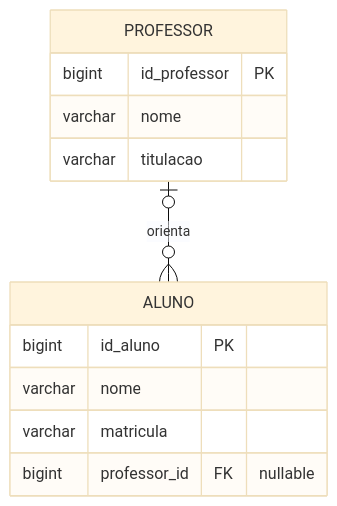
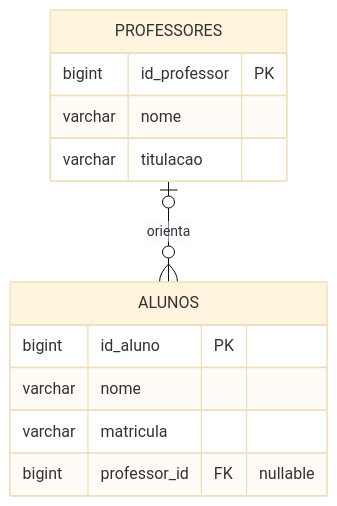
Diagram 12 of 12 in aulas/Cardinalidade_MER_Completo.md (DSM-Fatec-Jahu/Banco-de-Dados-Relacional-IBD015), drawn with Mermaid (base theme) before and after one commit. The commit also changed other lines of this file and 1 other file, not shown here.

````diff
--- a/aulas/Cardinalidade_MER_Completo.md
+++ b/aulas/Cardinalidade_MER_Completo.md
@@ -577,17 +577,17 @@
 ```mermaid
 erDiagram
-    PROFESSOR {
+    PROFESSORES {
         bigint id_professor PK
         varchar nome
         varchar titulacao
     }
 
-    ALUNO {
+    ALUNOS {
         bigint id_aluno PK
         varchar nome
         varchar matricula
         bigint professor_id FK "nullable"
     }
 
-    PROFESSOR |o--o{ ALUNO : "orienta"
+    PROFESSORES |o--o{ ALUNOS : "orienta"
 ```
````
